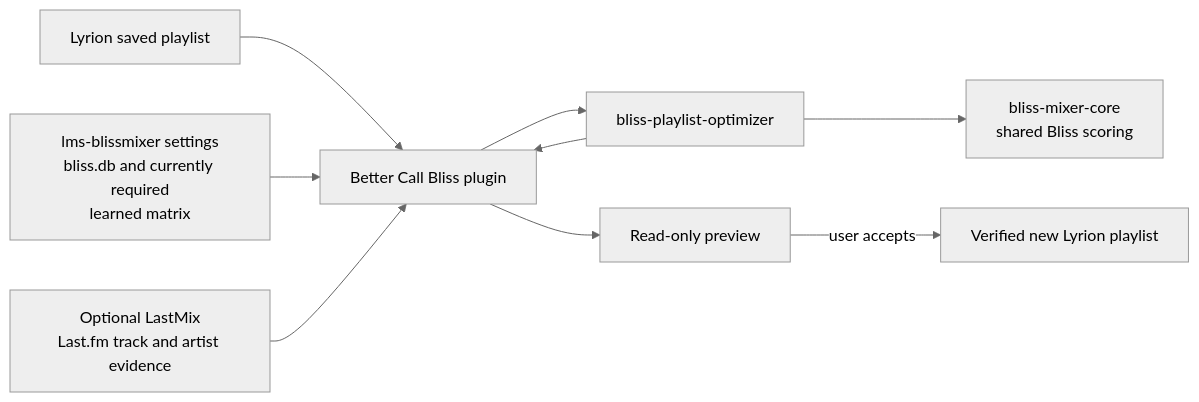
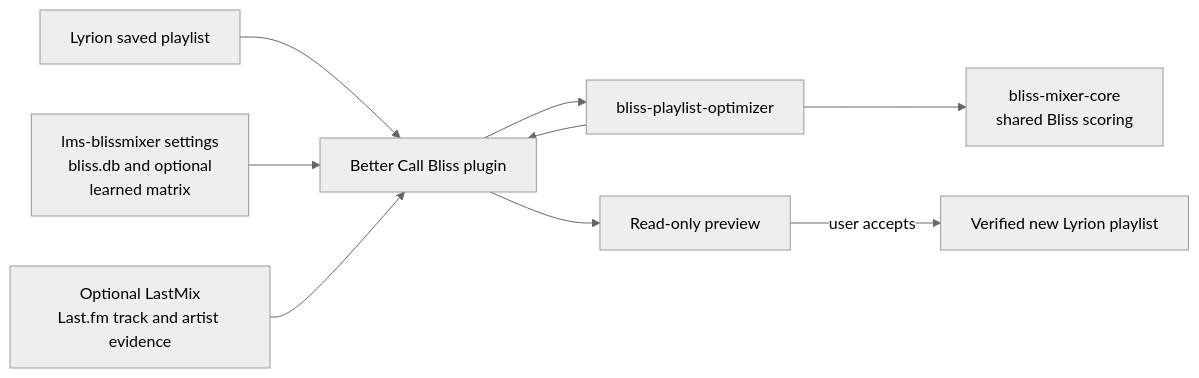
The diagram in README.md (chrober/lms-better-call-bliss), drawn with Mermaid (neutral theme) before and after one commit. The commit also changed 10 other files, not shown here.

Commit message:
Support optional matrix scoring strategies

```diff
--- a/README.md
+++ b/README.md
@@ -76,11 +76,11 @@
 ~~~mermaid
 flowchart LR
     LMS["Lyrion saved playlist"] --> P["Better Call Bliss plugin"]
-    BM["lms-blissmixer settings<br/>bliss.db and currently required<br/>learned matrix"] --> P
+    BM["lms-blissmixer settings<br/>bliss.db and optional<br/>learned matrix"] --> P
     LM["Optional LastMix<br/>Last.fm track and artist evidence"] --> P
     P --> O["bliss-playlist-optimizer"]
     O --> C["bliss-mixer-core<br/>shared Bliss scoring"]
     O --> P
     P --> V["Read-only preview"]
     V -->|"user accepts"| N["Verified new Lyrion playlist"]
 ~~~
```
